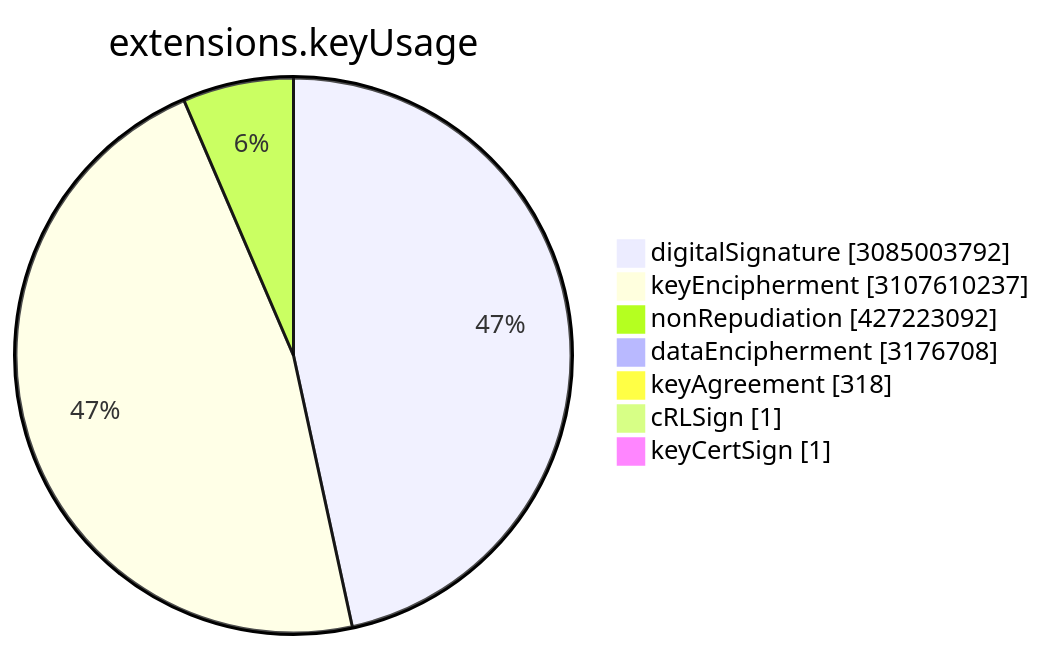
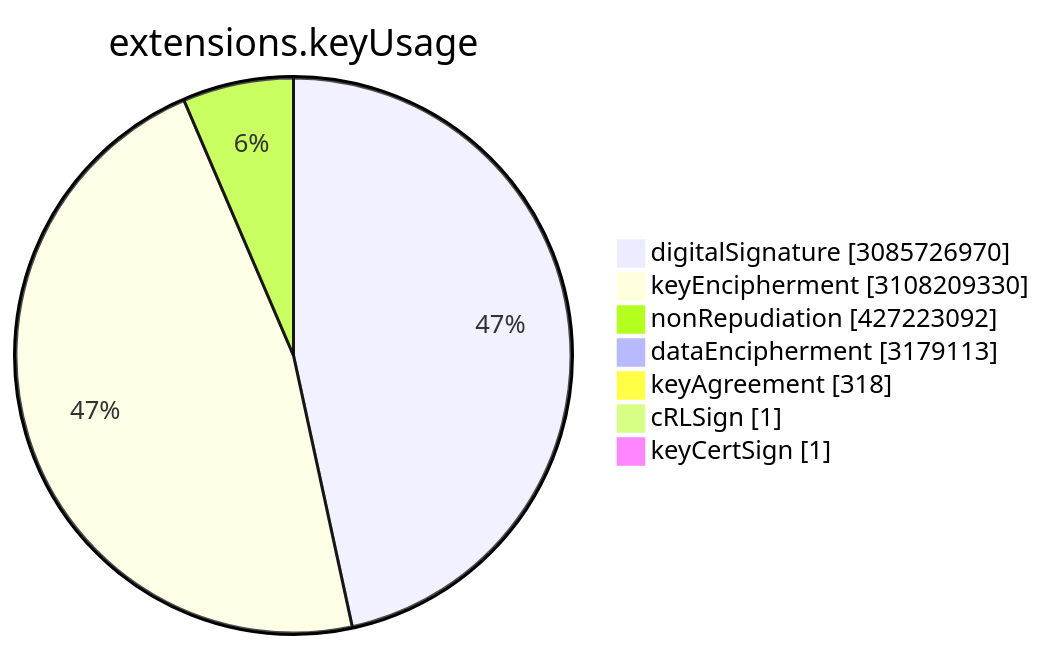
The sixth of 15 diagrams in TOTAL/README.md (christiankrug/ctmonitor_visualization), drawn with Mermaid before and after one commit. The commit also changed other lines of this file, not shown here.

````diff
--- a/TOTAL/README.md
+++ b/TOTAL/README.md
@@ -3075,11 +3075,11 @@
 ```mermaid
 pie showData
 title extensions.keyUsage
-"digitalSignature" :3085003792
-"keyEncipherment" :3107610237
+"digitalSignature" :3085726970
+"keyEncipherment" :3108209330
 "nonRepudiation" :427223092
-"dataEncipherment" :3176708
+"dataEncipherment" :3179113
 "keyAgreement" :318
 "cRLSign" :1
 "keyCertSign" :1
 ```
````
